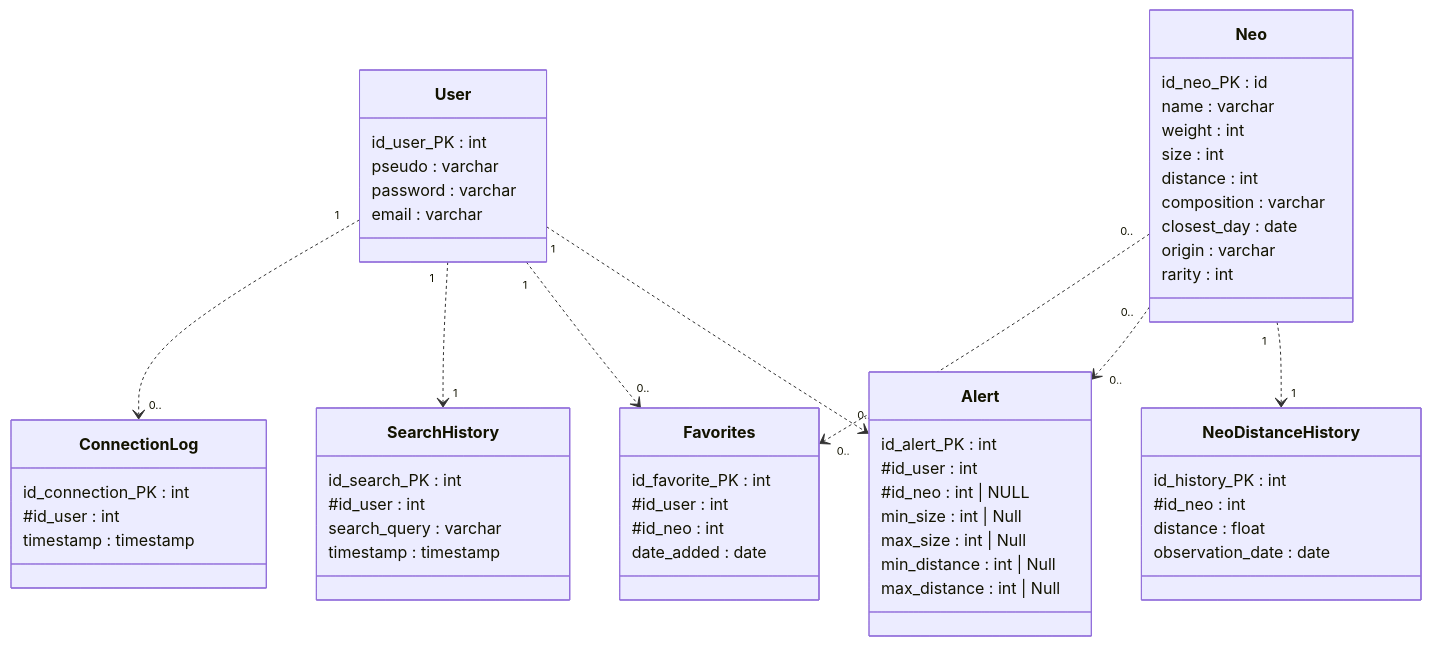
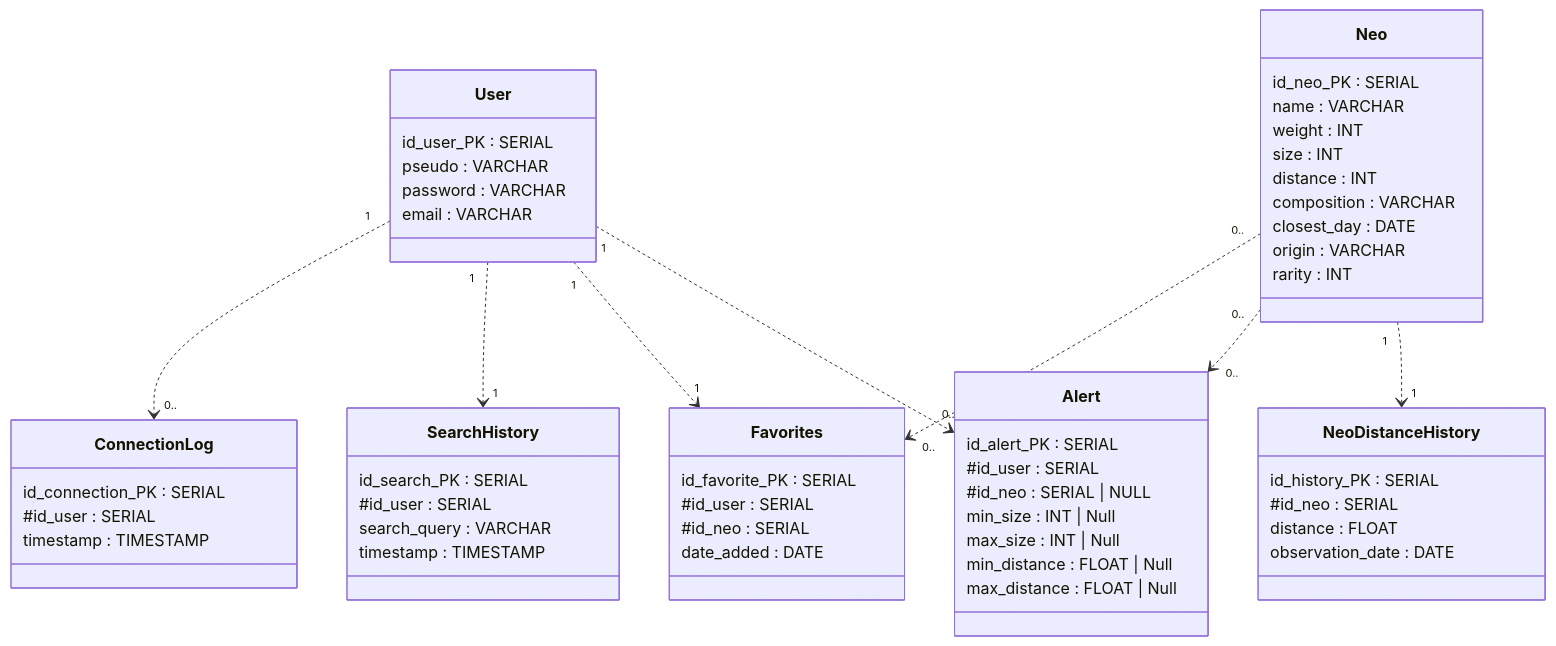
Before and after one commit to tristancabre/Projet-info-2A: the diagram in doc/data_model.md, drawn with Mermaid.

````diff
--- a/doc/data_model.md
+++ b/doc/data_model.md
@@ -16,71 +16,71 @@
 ```mermaid
 classDiagram
     %% Business objects
 
     class User {
-        id_user_PK : int
-        pseudo : varchar
-        password : varchar
-        email : varchar
+        id_user_PK : SERIAL
+        pseudo : VARCHAR
+        password : VARCHAR
+        email : VARCHAR
     }
 
     class Neo{
-        id_neo_PK : id
-        name : varchar
-        weight : int
-        size : int
-        distance : int
-        composition : varchar
-        closest_day : date
-        origin : varchar
-        rarity : int
+        id_neo_PK : SERIAL
+        name : VARCHAR
+        weight : INT
+        size : INT
+        distance : INT
+        composition : VARCHAR
+        closest_day : DATE
+        origin : VARCHAR
+        rarity : INT
     }
 
     class Alert {
-        id_alert_PK : int
-        #id_user : int
-        #id_neo : int | NULL
-        min_size : int | Null
-        max_size : int | Null
-        min_distance : int | Null
-        max_distance : int | Null
+        id_alert_PK : SERIAL
+        #id_user : SERIAL
+        #id_neo : SERIAL | NULL
+        min_size : INT | Null
+        max_size : INT | Null
+        min_distance : FLOAT | Null
+        max_distance : FLOAT | Null
     }
 
     class Favorites {
-        id_favorite_PK : int
-        #id_user : int
-        #id_neo : int
-        date_added : date
+        id_favorite_PK : SERIAL
+        #id_user : SERIAL
+        #id_neo : SERIAL
+        date_added : DATE
     }
 
     class ConnectionLog {
-        id_connection_PK : int
-        #id_user : int 
-        timestamp : timestamp
+        id_connection_PK : SERIAL
+        #id_user : SERIAL
+        timestamp : TIMESTAMP
     }
 
     class SearchHistory {
-        id_search_PK : int
-        #id_user : int
-        search_query : varchar
-        timestamp : timestamp
+        id_search_PK : SERIAL
+        #id_user : SERIAL
+        search_query : VARCHAR
+        timestamp : TIMESTAMP
     }
 
     class NeoDistanceHistory {
-        id_history_PK : int
-        #id_neo : int
-        distance : float
-        observation_date : date
+        id_history_PK : SERIAL
+        #id_neo : SERIAL
+        distance : FLOAT
+        observation_date : DATE
     }
 
 
     %% Relationships
     Neo "0.." ..> "0.." Favorites
     Neo "0.." ..> "0.." Alert
     Neo "1" ..> "1" NeoDistanceHistory
     User "1" ..> "0.." ConnectionLog
     User "1" ..> "1" SearchHistory
-    User "1" ..> "0.." Favorites
+    User "1" ..> "1" Favorites
     User "1" ..> "0.." Alert
 
 ```
````
